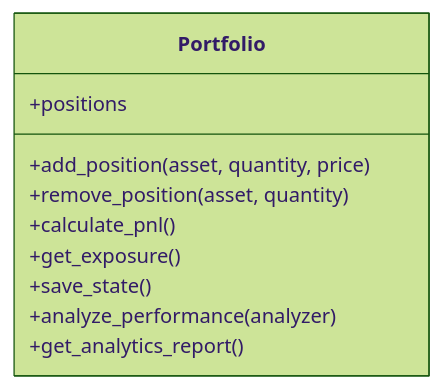
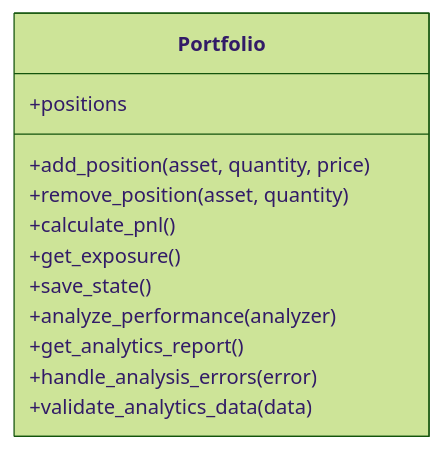
Before and after one commit to ZengSeng/telegram-bot: the sixth of 12 diagrams in .qoder/repowiki/en/content/Core Components/Analysis Framework.md, drawn with Mermaid (forest theme). The commit also changed other lines of this file and 9 other files, not shown here.

````diff
--- a/.qoder/repowiki/en/content/Core Components/Analysis Framework.md
+++ b/.qoder/repowiki/en/content/Core Components/Analysis Framework.md
@@ -305,13 +340,15 @@
 ```mermaid
 classDiagram
 class Portfolio {
 +positions
 +add_position(asset, quantity, price)
 +remove_position(asset, quantity)
 +calculate_pnl()
 +get_exposure()
 +save_state()
 +analyze_performance(analyzer)
 +get_analytics_report()
++handle_analysis_errors(error)
++validate_analytics_data(data)
 }
 ```
````
